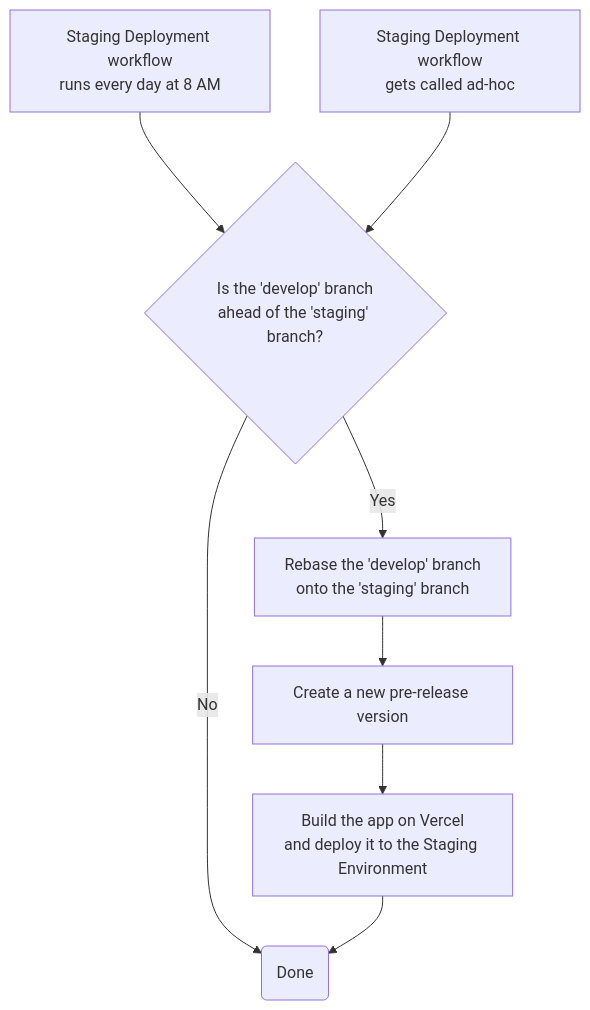
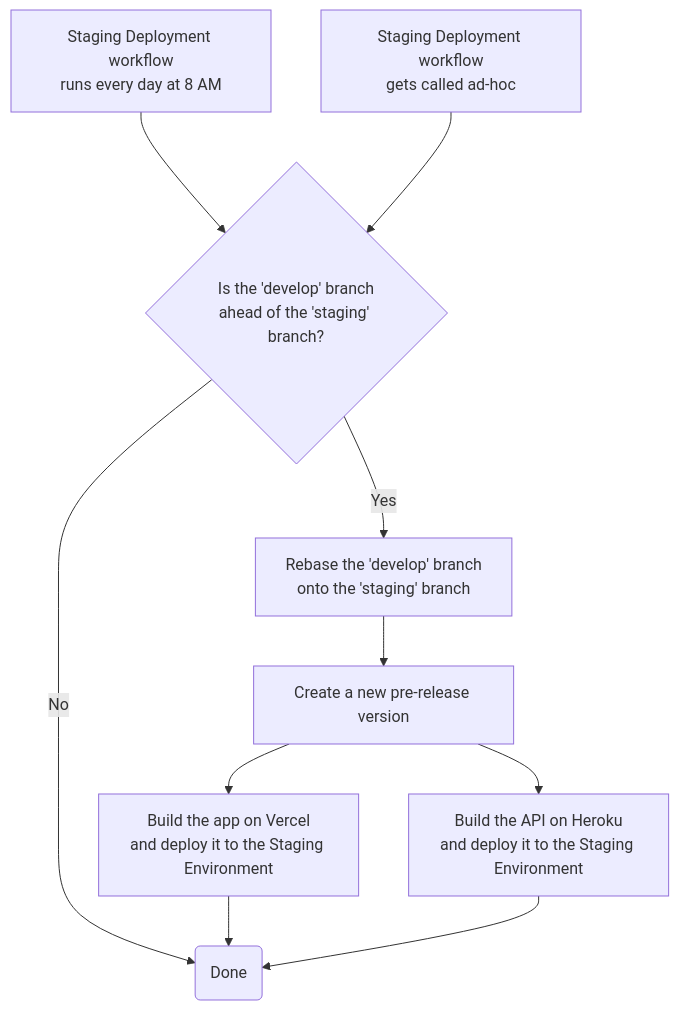
Before and after one commit to memser-spaceport/pln-directory-portal: the diagram in docs/STAGING_DEPLOYMENT.md, drawn with Mermaid. The commit also changed other lines of this file and 1 other file, not shown here.

Commit message:
docs(PL-349): update deployment diagrams

````diff
--- a/docs/STAGING_DEPLOYMENT.md
+++ b/docs/STAGING_DEPLOYMENT.md
@@ -14,11 +14,13 @@
 ```mermaid
 flowchart TD
     C{Is the 'develop' branch\nahead of the 'staging' branch?}
     A[Staging Deployment workflow\nruns every day at 8 AM] --> C
     B[Staging Deployment workflow\ngets called ad-hoc] --> C
     C -->|Yes| D[Rebase the 'develop' branch\nonto the 'staging' branch]
-    C -->|No| G(Done)
+    C -->|No| H(Done)
     D --> E[Create a new pre-release version]
     E --> F[Build the app on Vercel\nand deploy it to the Staging Environment]
-    F --> G
+    E --> G[Build the API on Heroku\nand deploy it to the Staging Environment]
+    F --> H
+    G --> H
 ```
````
